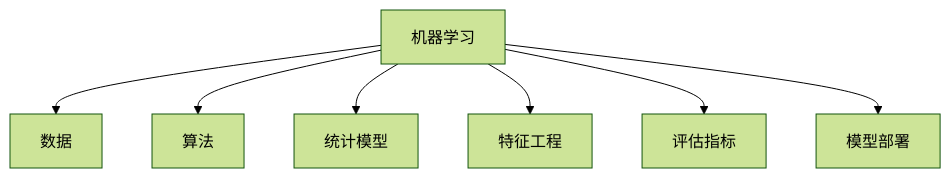
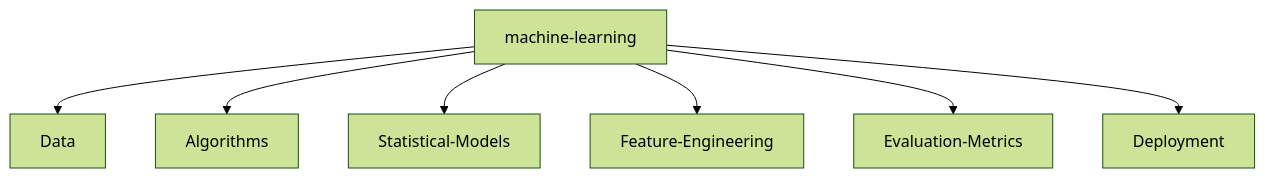
One commit to ljy969/ljy969 changed the diagram in README.zh-CN.md. Above: the diagram before and after it, drawn with Mermaid (forest theme). The commit also changed other lines of this file, not shown here.

````diff
--- a/README.zh-CN.md
+++ b/README.zh-CN.md
@@ -52,9 +56,9 @@
 ```mermaid
 graph TD;
-    机器学习-->数据;
-    机器学习-->算法;
-    机器学习-->统计模型;
-    机器学习-->特征工程;
-    机器学习-->评估指标;
-    机器学习-->模型部署;
-```
+    machine-learning-->Data;
+    machine-learning-->Algorithms;
+    machine-learning-->Statistical-Models;
+    machine-learning-->Feature-Engineering;
+    machine-learning-->Evaluation-Metrics;
+    machine-learning-->Deployment;
+   ```
````
